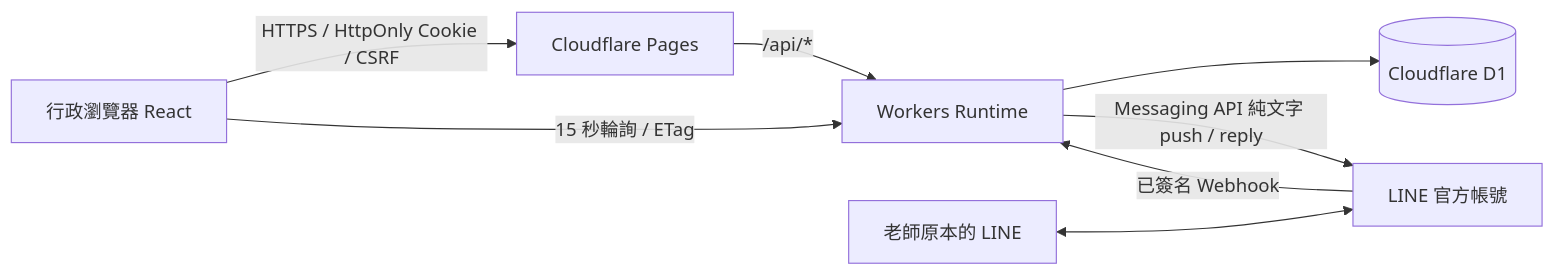
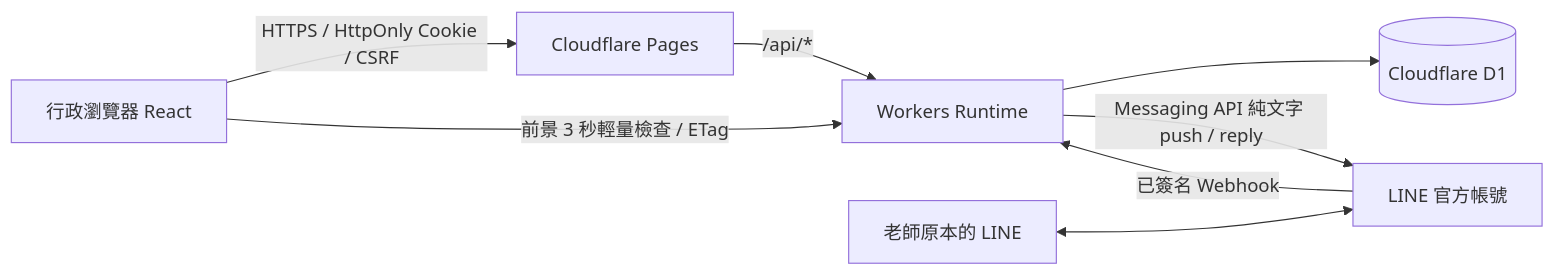
The diagram in docs/ARCHITECTURE.md (ching-yu430/office-line-notifier), drawn with Mermaid before and after one commit. The commit also changed other lines of this file and 82 other files, not shown here.

````diff
--- a/docs/ARCHITECTURE.md
+++ b/docs/ARCHITECTURE.md
@@ -7,10 +7,10 @@
 ```mermaid
 flowchart LR
  A[行政瀏覽器 React] -->|HTTPS / HttpOnly Cookie / CSRF| P[Cloudflare Pages]
  P -->|/api/*| W[Workers Runtime]
  W --> D[(Cloudflare D1)]
  W -->|Messaging API 純文字 push / reply| L[LINE 官方帳號]
  L -->|已簽名 Webhook| W
- A -->|15 秒輪詢 / ETag| W
+ A -->|前景 3 秒輕量檢查 / ETag| W
  T[老師原本的 LINE] <--> L
 ```
````
